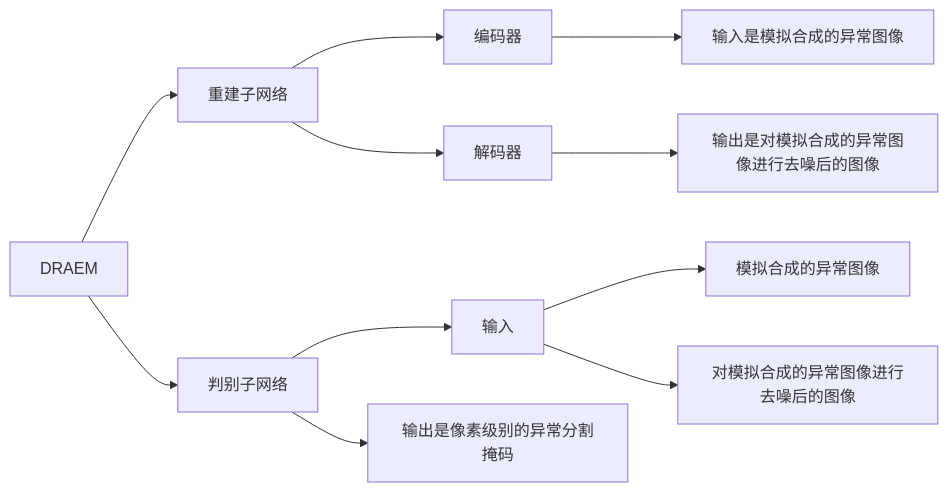
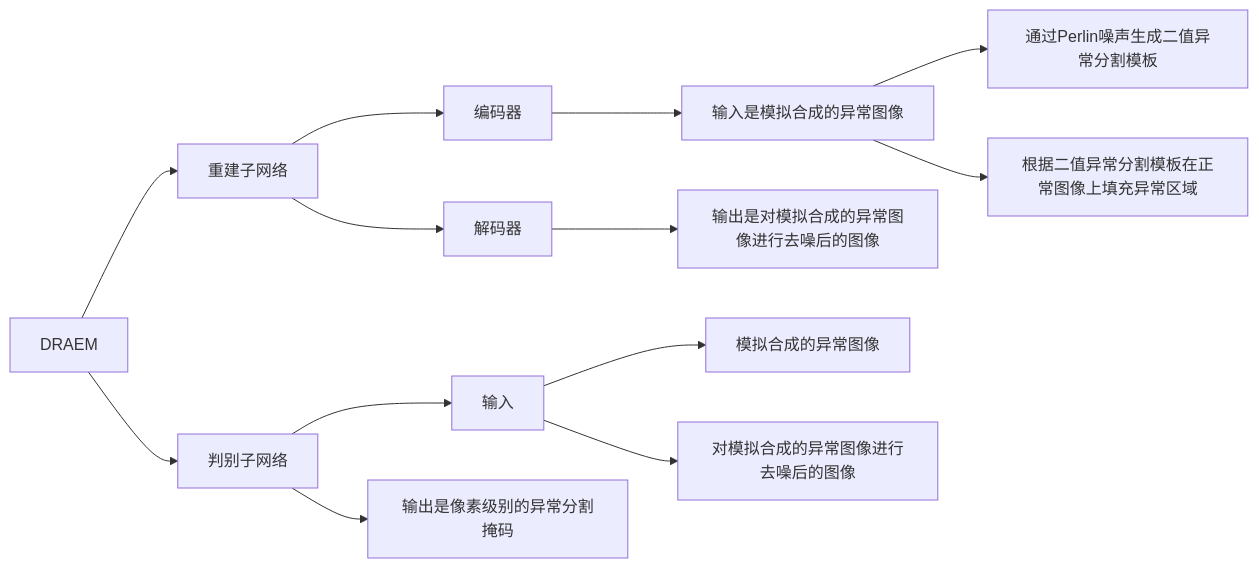
Before and after one commit to lizhenbang56/Papers: the diagram in papers/异常检测/DRAEM.md, drawn with Mermaid. The commit also changed 43 other files, not shown here.

````diff
--- a/papers/异常检测/DRAEM.md
+++ b/papers/异常检测/DRAEM.md
@@ -42,13 +42,14 @@
 ```mermaid
 graph LR;
 	DRAEM --> 重建子网络;
 	重建子网络 --> 编码器;
-	编码器 --> 输入是模拟合成的异常图像;
+	编码器 --> 输入是模拟合成的异常图像 --> 通过Perlin噪声生成二值异常分割模板;
+	输入是模拟合成的异常图像 --> 根据二值异常分割模板在正常图像上填充异常区域;
 	解码器 --> 输出是对模拟合成的异常图像进行去噪后的图像;
 	重建子网络 --> 解码器;
 	DRAEM --> 判别子网络;
 	判别子网络 --> 输入;
 	输入 --> 模拟合成的异常图像;
 	输入 --> 对模拟合成的异常图像进行去噪后的图像;
 	判别子网络 --> 输出是像素级别的异常分割掩码
 ```
````
